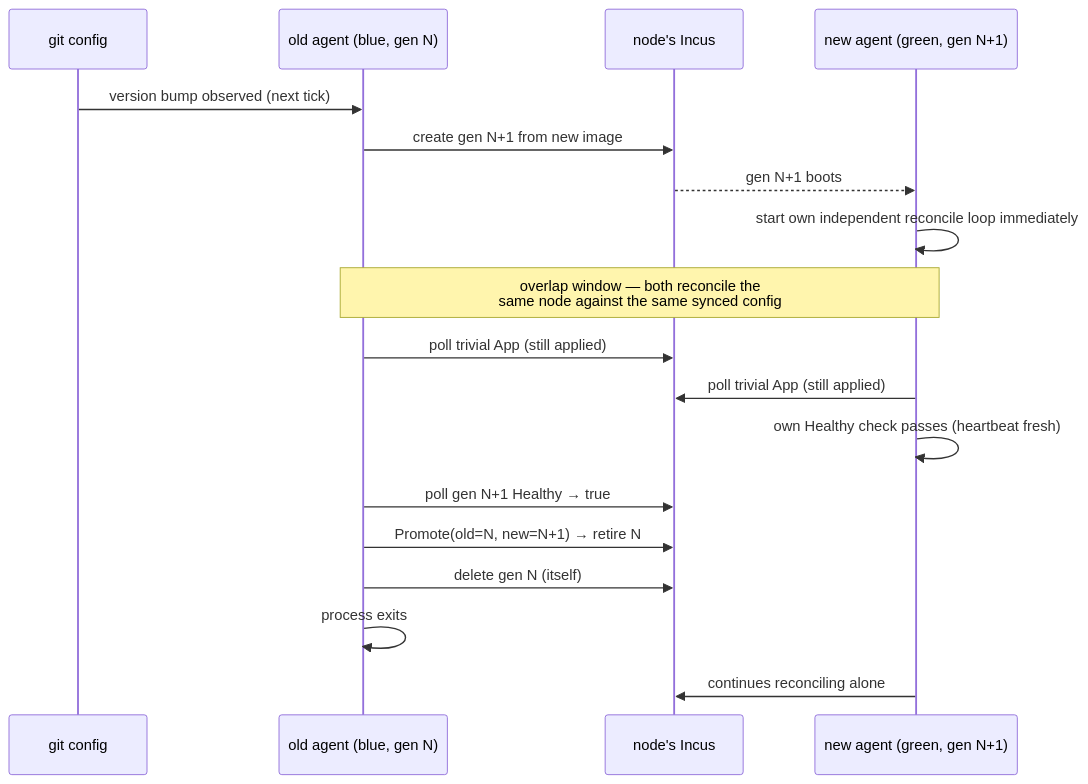
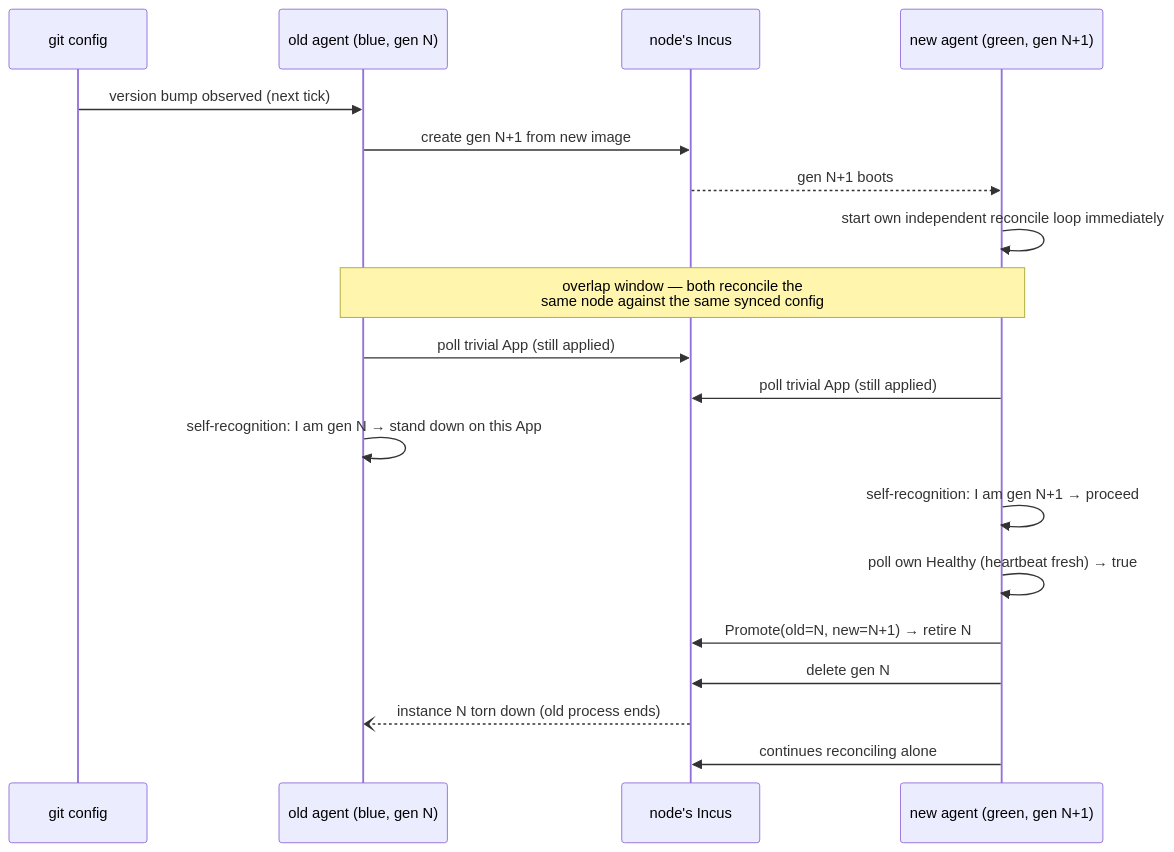
One commit to ehharvey/homelab-ops changed the second of 2 diagrams in docs/AppManager.md. Above: the diagram before and after it, drawn with Mermaid. The commit also changed other lines of this file, not shown here.

First paragraph of the commit message:
fix(docs): correct self-upgrade sequence diagram to match self-recognition rule
## Plan

````diff
--- a/docs/AppManager.md
+++ b/docs/AppManager.md
@@ -84,21 +84,22 @@
 ```mermaid
 sequenceDiagram
     participant Git as git config
     participant Old as old agent (blue, gen N)
     participant Incus as node's Incus
     participant New as new agent (green, gen N+1)
 
     Git->>Old: version bump observed (next tick)
     Old->>Incus: create gen N+1 from new image
     Incus-->>New: gen N+1 boots
     New->>New: start own independent reconcile loop immediately
     Note over Old,New: overlap window — both reconcile the<br/>same node against the same synced config
     Old->>Incus: poll trivial App (still applied)
     New->>Incus: poll trivial App (still applied)
-    New->>New: own Healthy check passes (heartbeat fresh)
-    Old->>Incus: poll gen N+1 Healthy → true
-    Old->>Incus: Promote(old=N, new=N+1) → retire N
-    Old->>Incus: delete gen N (itself)
-    Old->>Old: process exits
+    Old->>Old: self-recognition: I am gen N → stand down on this App
+    New->>New: self-recognition: I am gen N+1 → proceed
+    New->>New: poll own Healthy (heartbeat fresh) → true
+    New->>Incus: Promote(old=N, new=N+1) → retire N
+    New->>Incus: delete gen N
+    Incus--)Old: instance N torn down (old process ends)
     New->>Incus: continues reconciling alone
 ```
````
